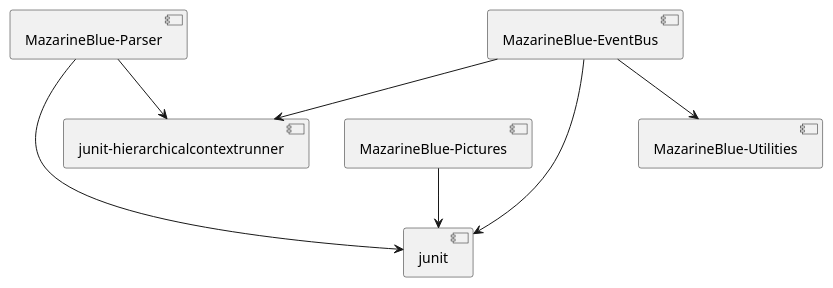
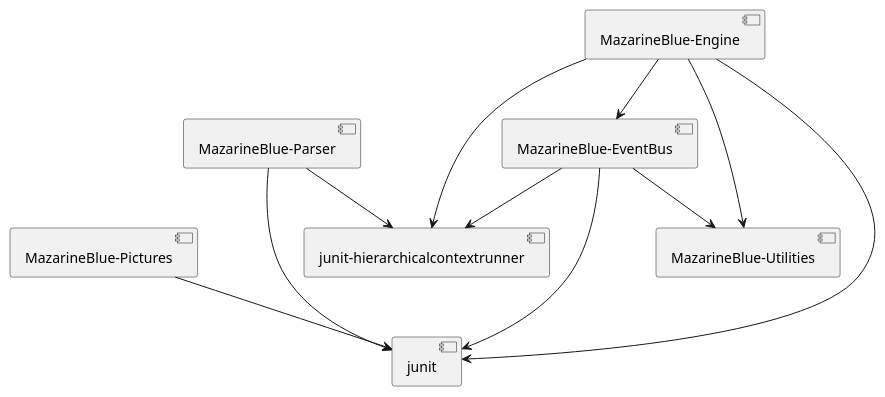
Before and after one commit to MazarineBlue/MazarineBlue: the diagram in src/main/resources/Component Diagram - Overview.puml, drawn with PlantUML. The commit also changed 75 other files, not shown here.

Commit message:
Release MazarineBlue-Engine (EventDriven)

```diff
--- a/src/main/resources/Component Diagram - Overview.puml
+++ b/src/main/resources/Component Diagram - Overview.puml
@@ -1,8 +1,12 @@
 @startuml
 [MazarineBlue-Parser] --> [junit]
 [MazarineBlue-Parser] --> [junit-hierarchicalcontextrunner]
 [MazarineBlue-Pictures] --> [junit]
 [MazarineBlue-EventBus] ---> [junit]
 [MazarineBlue-EventBus] --> [junit-hierarchicalcontextrunner]
 [MazarineBlue-EventBus] --> [MazarineBlue-Utilities]
+[MazarineBlue-Engine] ---> [junit]
+[MazarineBlue-Engine] --> [junit-hierarchicalcontextrunner]
+[MazarineBlue-Engine] --> [MazarineBlue-EventBus]
+[MazarineBlue-Engine] --> [MazarineBlue-Utilities]
 @enduml
```
